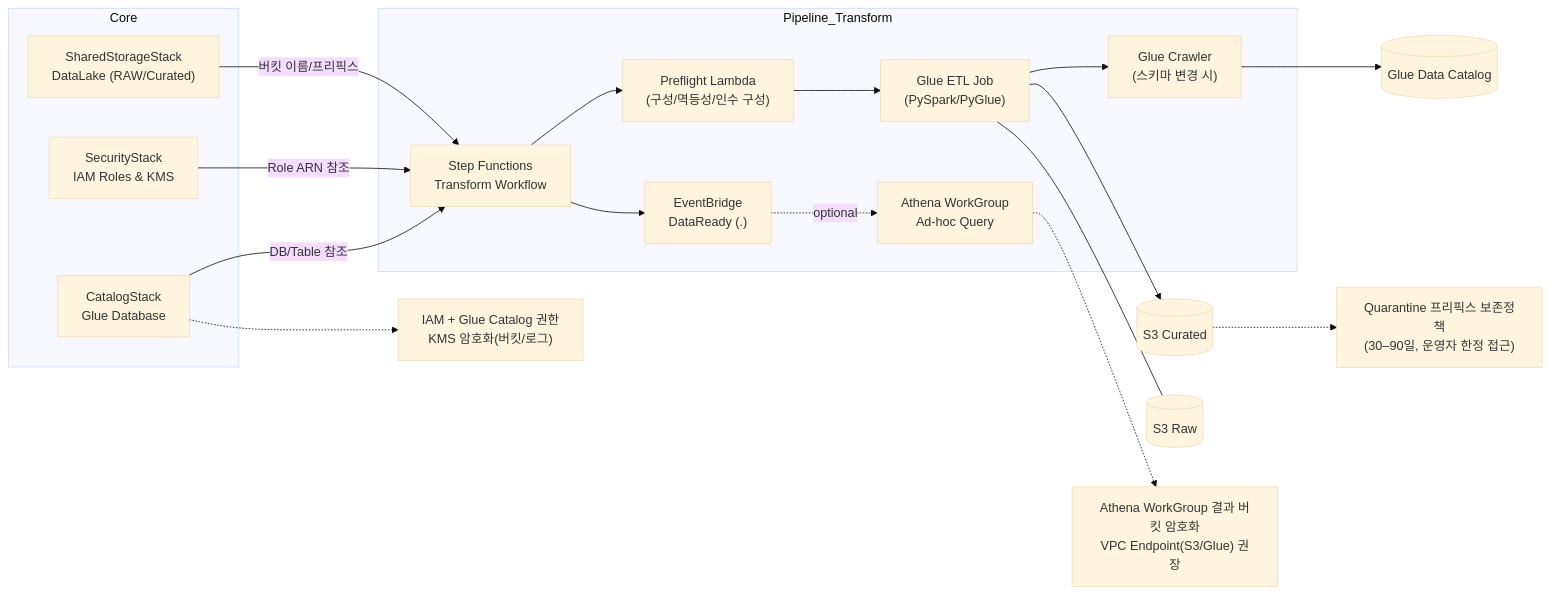
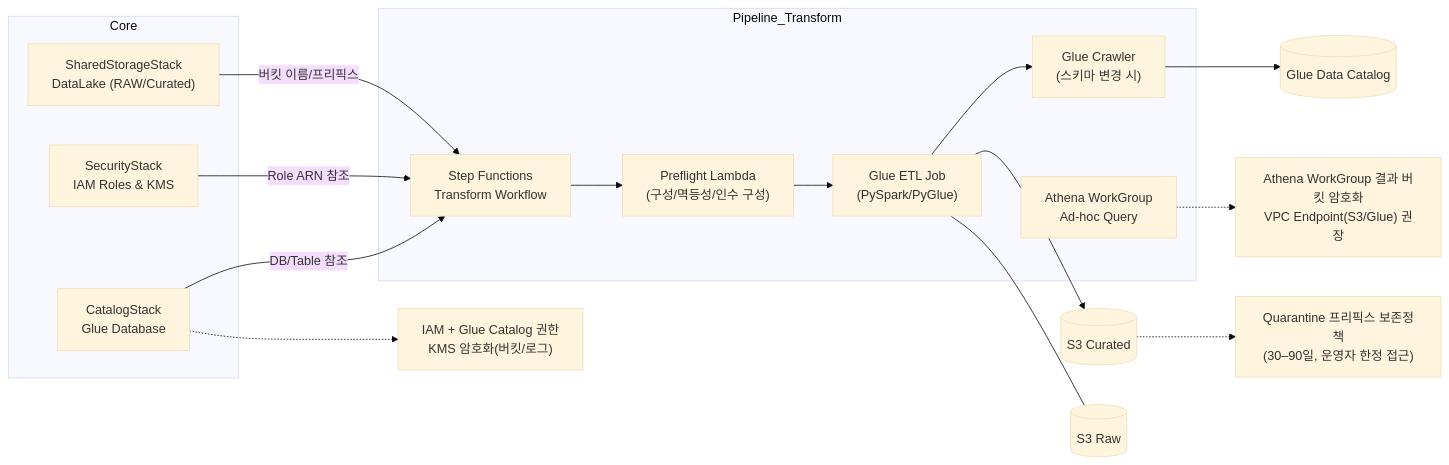
Before and after one commit to keemgdeok/fin-forge-pipeline: the diagram in docs/diagrams/transform/01-components.md, drawn with Mermaid (base theme). The commit also changed 5 other files, not shown here.

````diff
--- a/docs/diagrams/transform/01-components.md
+++ b/docs/diagrams/transform/01-components.md
@@ -1,39 +1,36 @@
 ```mermaid
 graph LR
   subgraph Core
     SS["SharedStorageStack<br/>DataLake (RAW/Curated)"]
     SEC["SecurityStack<br/>IAM Roles & KMS"]
     GOV["CatalogStack<br/>Glue Database"]
   end
 
   subgraph Pipeline_Transform
     SFN["Step Functions<br/>Transform Workflow"]
     PRE["Preflight Lambda<br/>(구성/멱등성/인수 구성)"]
     GLUE["Glue ETL Job<br/>(PySpark/PyGlue)"]
     CRAWL["Glue Crawler<br/>(스키마 변경 시)"]
-    EV["EventBridge<br/>DataReady (<domain>.<table>)"]
     ATH["Athena WorkGroup<br/>Ad-hoc Query"]
   end
 
   SS -->|버킷 이름/프리픽스| SFN
   SEC -->|Role ARN 참조| SFN
   GOV -->|DB/Table 참조| SFN
 
   SFN --> PRE
   PRE --> GLUE
   GLUE --> CRAWL
   GLUE --> CUR[(S3 Curated)]
   GLUE --- RAW[(S3 Raw)]
   CRAWL --> CAT[(Glue Data Catalog)]
-  SFN --> EV
-  EV -. optional .-> ATH
 
   %% Governance/Security notes
   N1["IAM + Glue Catalog 권한<br/>KMS 암호화(버킷/로그)"]:::note
   N2["Athena WorkGroup 결과 버킷 암호화<br/>VPC Endpoint(S3/Glue) 권장"]:::note
   N3["Quarantine 프리픽스 보존정책<br/>(30–90일, 운영자 한정 접근)"]:::note
   GOV -.-> N1
   ATH -.-> N2
   CUR -.-> N3
 
 ```
````
